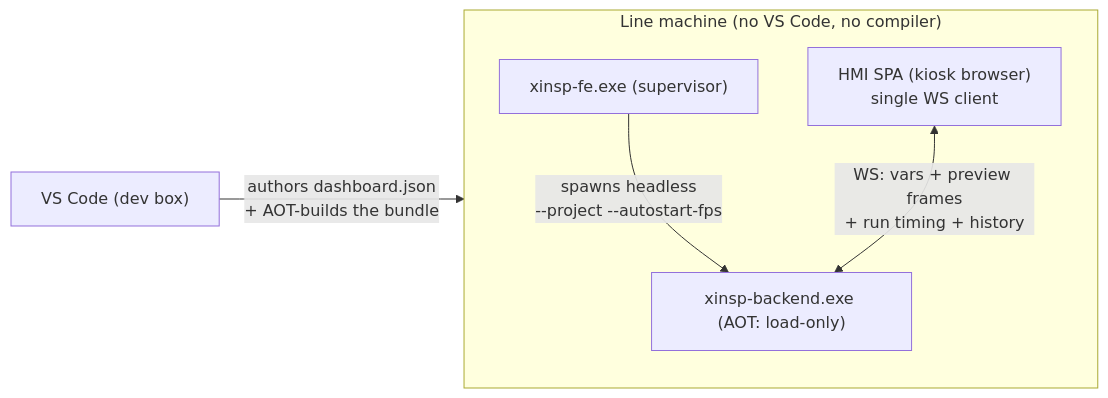
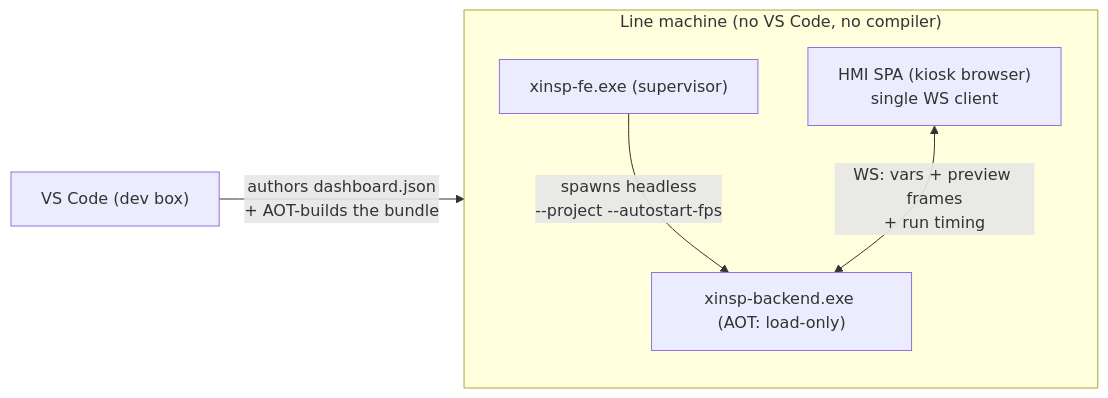
The diagram in docs/roadmap/production-hmi.md (MDMTseng/xInsp2), drawn with Mermaid before and after one commit. The commit also changed other lines of this file and 7 other files, not shown here.

````diff
--- a/docs/roadmap/production-hmi.md
+++ b/docs/roadmap/production-hmi.md
@@ -52,11 +52,11 @@
 ```mermaid
 flowchart LR
     subgraph LINE["Line machine (no VS Code, no compiler)"]
         FE["xinsp-fe.exe (supervisor)"]
         BE["xinsp-backend.exe (AOT: load-only)"]
         HMI["HMI SPA (kiosk browser)\nsingle WS client"]
         FE -->|spawns headless\n--project --autostart-fps| BE
-        HMI <-->|WS: vars + preview frames\n+ run timing + history| BE
+        HMI <-->|WS: vars + preview frames\n+ run timing| BE
     end
     DEV["VS Code (dev box)"] -->|authors dashboard.json\n+ AOT-builds the bundle| LINE
 ```
````
